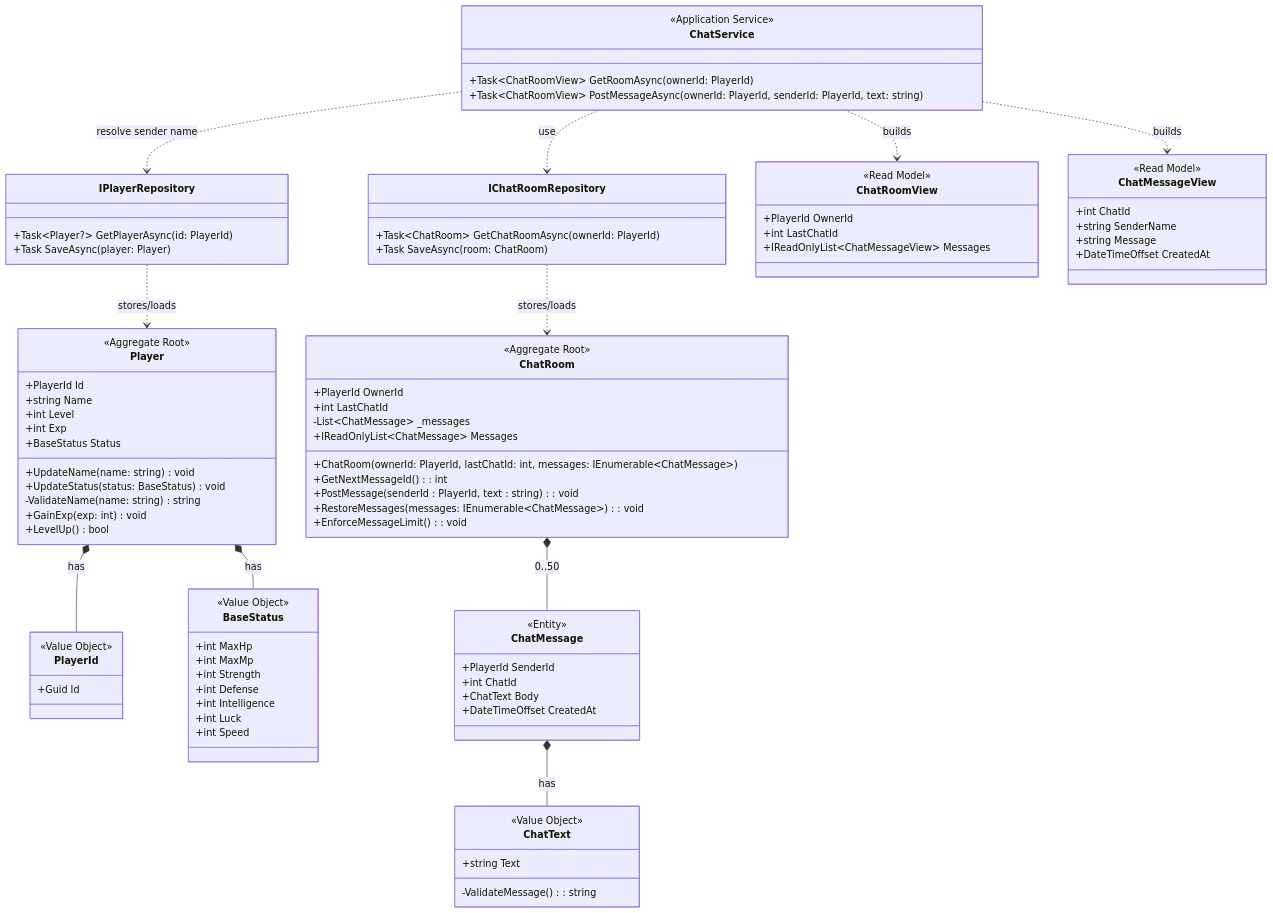
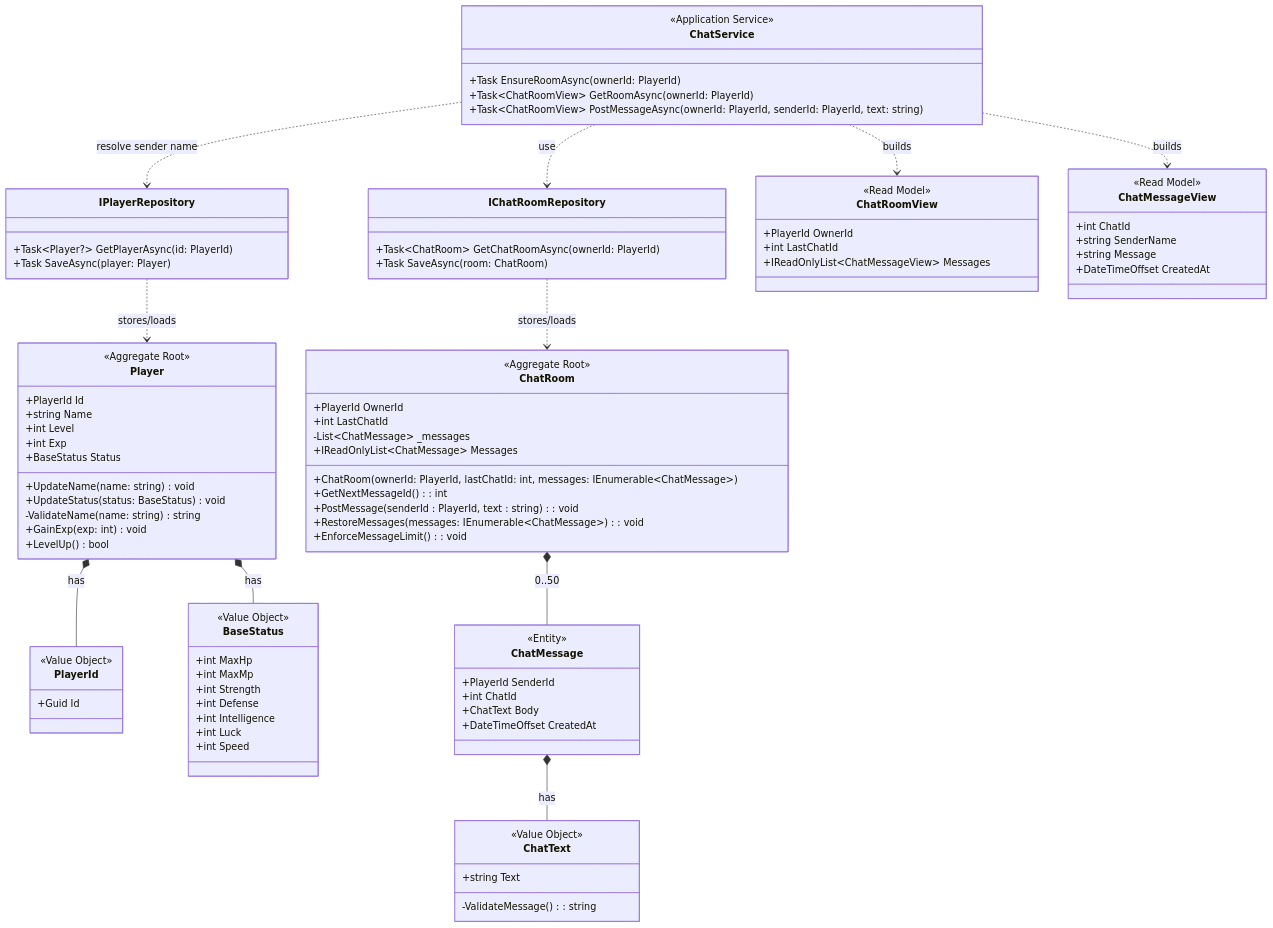
The diagram in docs/01_ドメインモデル.mmd (ayumu203/nisekue), drawn with Mermaid before and after one commit.

Commit message:
docs: ルームの管理もサービスで行う.

```diff
--- a/docs/01_ドメインモデル.mmd
+++ b/docs/01_ドメインモデル.mmd
@@ -1,103 +1,104 @@
 classDiagram
     %% Player の基本情報
     class Player {
         <<Aggregate Root>>
         +PlayerId Id
         +string Name
         +int Level
         +int Exp
         +BaseStatus Status
         +UpdateName(name: string) void
         +UpdateStatus(status: BaseStatus) void
         -ValidateName(name: string) string 
         +GainExp(exp: int) void
         +LevelUp() bool
     }
 
     class PlayerId {
         <<Value Object>>
         +Guid Id
     }
 
     %% Player の基本ステータス
     class BaseStatus {
         <<Value Object>>
         +int MaxHp
         +int MaxMp
         +int Strength
         +int Defense
         +int Intelligence
         +int Luck
         +int Speed
     }
 
     class IPlayerRepository {
         +Task~Player?~ GetPlayerAsync(id: PlayerId)
         +Task SaveAsync(player: Player)
     }
     Player *-- PlayerId : has
     Player *-- BaseStatus : has
     IPlayerRepository ..> Player : stores/loads
 
     %% ルームチャット機能
     class ChatRoom {
         <<Aggregate Root>>
         +PlayerId OwnerId
         +int LastChatId
         -List~ChatMessage~ _messages
         +IReadOnlyList~ChatMessage~ Messages
         +ChatRoom(ownerId: PlayerId, lastChatId: int, messages: IEnumerable~ChatMessage~)
         +GetNextMessageId() : int
         +PostMessage(senderId : PlayerId, text : string) : void
         +RestoreMessages(messages: IEnumerable~ChatMessage~) : void
         +EnforceMessageLimit() : void
     }
     %% メッセージ管理の単位
     class ChatMessage {
         <<Entity>>
         +PlayerId SenderId
         +int ChatId
         +ChatText Body
         +DateTimeOffset CreatedAt
     }
     %% メッセージの文字列の値オブジェクト
     class ChatText {
         <<Value Object>>
         +string Text
         -ValidateMessage() : string
     }
 
     %% チャットルームとDBのつなぎ込み
     class IChatRoomRepository {
         +Task~ChatRoom~ GetChatRoomAsync(ownerId: PlayerId)
         +Task SaveAsync(room: ChatRoom)
     }
     %% フロントへ表示するチャットルームのデータ
     class ChatRoomView {
         <<Read Model>>
         +PlayerId OwnerId
         +int LastChatId
         +IReadOnlyList~ChatMessageView~ Messages
     }
     %% フロントへ表示するチャットデータ
     class ChatMessageView {
         <<Read Model>>
         +int ChatId
         +string SenderName
         +string Message
         +DateTimeOffset CreatedAt
     }
     %% フロントとデータのやり取りをするサービス
     class ChatService {
         <<Application Service>>
+        +Task EnsureRoomAsync(ownerId: PlayerId)
         +Task~ChatRoomView~ GetRoomAsync(ownerId: PlayerId)
         +Task~ChatRoomView~ PostMessageAsync(ownerId: PlayerId, senderId: PlayerId, text: string)
     }
     
     ChatRoom *-- ChatMessage : 0..50
     ChatMessage *-- ChatText : has
     IChatRoomRepository ..> ChatRoom : stores/loads
     ChatService ..> IChatRoomRepository : use
     ChatService ..> IPlayerRepository : resolve sender name
     ChatService ..> ChatMessageView : builds
     ChatService ..> ChatRoomView : builds
```
